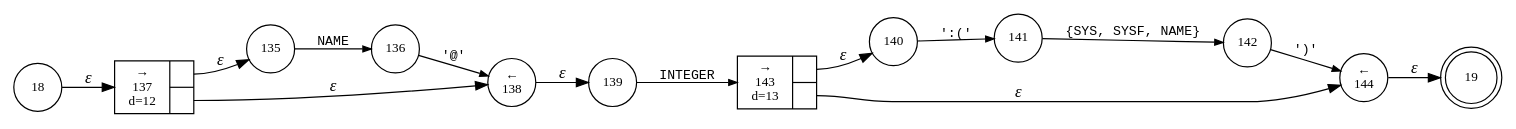
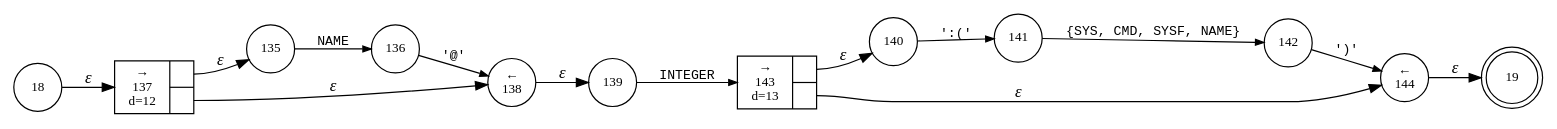
Before and after one commit to vulogov/Bund2: the diagram in internal/parser/Bund.integer_term.dot, drawn with Graphviz. The commit also changed 24 other files, not shown here.

```diff
--- a/internal/parser/Bund.integer_term.dot
+++ b/internal/parser/Bund.integer_term.dot
@@ -1,28 +1,28 @@
 digraph ATN {
 rankdir=LR;
 s19[fontsize=11, label="19", shape=doublecircle, fixedsize=true, width=.6];
 s144[fontsize=11,label="&larr;\n144", shape=circle, fixedsize=true, width=.55, peripheries=1];
 s18[fontsize=11,label="18", shape=circle, fixedsize=true, width=.55, peripheries=1];
 s135[fontsize=11,label="135", shape=circle, fixedsize=true, width=.55, peripheries=1];
 s136[fontsize=11,label="136", shape=circle, fixedsize=true, width=.55, peripheries=1];
 s137[fontsize=11,label="{&rarr;\n137\nd=12|{<p0>|<p1>}}", shape=record, fixedsize=false, peripheries=1];
 s138[fontsize=11,label="&larr;\n138", shape=circle, fixedsize=true, width=.55, peripheries=1];
 s139[fontsize=11,label="139", shape=circle, fixedsize=true, width=.55, peripheries=1];
 s140[fontsize=11,label="140", shape=circle, fixedsize=true, width=.55, peripheries=1];
 s141[fontsize=11,label="141", shape=circle, fixedsize=true, width=.55, peripheries=1];
 s142[fontsize=11,label="142", shape=circle, fixedsize=true, width=.55, peripheries=1];
 s143[fontsize=11,label="{&rarr;\n143\nd=13|{<p0>|<p1>}}", shape=record, fixedsize=false, peripheries=1];
 s18 -> s137 [fontname="Times-Italic", label="&epsilon;"];
 s137:p0 -> s135 [fontname="Times-Italic", label="&epsilon;"];
 s137:p1 -> s138 [fontname="Times-Italic", label="&epsilon;"];
 s135 -> s136 [fontsize=11, fontname="Courier", arrowsize=.7, label = "NAME", arrowhead = normal];
 s138 -> s139 [fontname="Times-Italic", label="&epsilon;"];
 s136 -> s138 [fontsize=11, fontname="Courier", arrowsize=.7, label = "'@'", arrowhead = normal];
 s139 -> s143 [fontsize=11, fontname="Courier", arrowsize=.7, label = "INTEGER", arrowhead = normal];
 s143:p0 -> s140 [fontname="Times-Italic", label="&epsilon;"];
 s143:p1 -> s144 [fontname="Times-Italic", label="&epsilon;"];
 s140 -> s141 [fontsize=11, fontname="Courier", arrowsize=.7, label = "':('", arrowhead = normal];
 s144 -> s19 [fontname="Times-Italic", label="&epsilon;"];
-s141 -> s142 [fontsize=11, fontname="Courier", arrowsize=.7, label = "{SYS, SYSF, NAME}", arrowhead = normal];
+s141 -> s142 [fontsize=11, fontname="Courier", arrowsize=.7, label = "{SYS, CMD, SYSF, NAME}", arrowhead = normal];
 s142 -> s144 [fontsize=11, fontname="Courier", arrowsize=.7, label = "')'", arrowhead = normal];
 }
```
